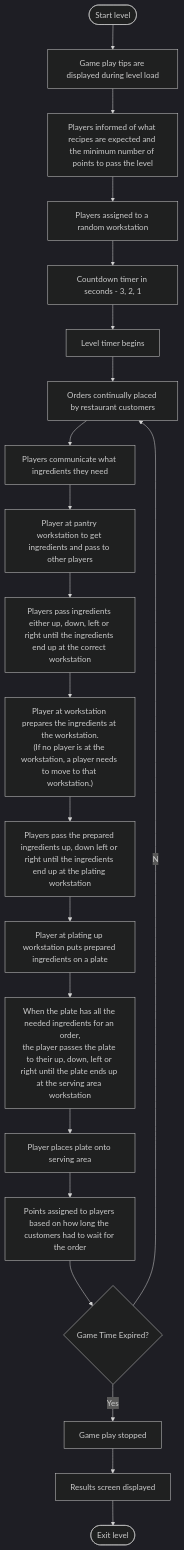
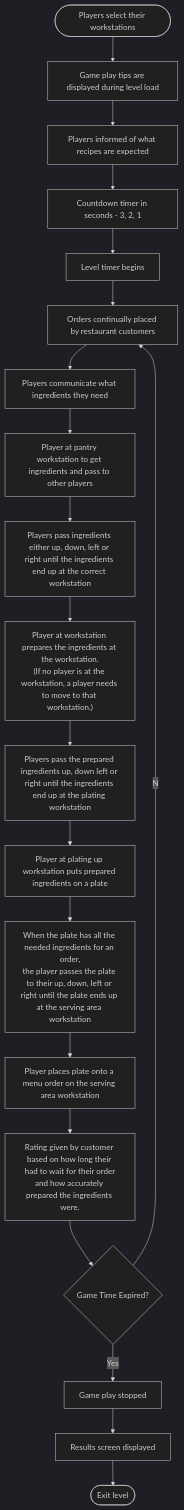
The second of 2 diagrams in documentation/functional/game_play.md (snowmeltarcade/projectkitchen), drawn with Mermaid (dark theme) before and after one commit. The commit also changed other lines of this file and 1 other file, not shown here.

````diff
--- a/documentation/functional/game_play.md
+++ b/documentation/functional/game_play.md
@@ -63,23 +68,22 @@
 ```mermaid
 flowchart TB;
-    start_level([Start level])-->game_play_tips[Game play tips are displayed during level load];
-    game_play_tips-->level_goals[Players informed of what recipes are expected and the minimum number of points to pass the level];
-    level_goals-->assignments[Players assigned to a random workstation];
-    assignments-->countdown[Countdown timer in seconds - 3, 2, 1];
+    kitchen_lobby(["Players select their workstations"])-->game_play_tips[Game play tips are displayed during level load];
+    game_play_tips-->level_goals[Players informed of what recipes are expected];
+    level_goals-->countdown[Countdown timer in seconds - 3, 2, 1];
     countdown-->level_timer_begins[Level timer begins];
     level_timer_begins-->orders_placed[Orders continually placed by restaurant customers];
     orders_placed-->communication[Players communicate what ingredients they need];
     communication-->pantry_ingredients[Player at pantry workstation to get ingredients and pass to other players];
     pantry_ingredients-->passing_ingredients[Players pass ingredients either up, down, left or right until the ingredients end up at the correct workstation];
     passing_ingredients-->prepare_ingredients["Player at workstation prepares the ingredients at the workstation.<br/>(If no player is at the workstation, a player needs to move to that workstation.)"];
     prepare_ingredients-->passing_prepared_ingredients["Players pass the prepared ingredients up, down left or right until the ingredients end up at the plating workstation"];
     passing_prepared_ingredients-->plating_up[Player at plating up workstation puts prepared ingredients on a plate];
     plating_up-->pass_plate_to_serving_area[When the plate has all the needed ingredients for an order,<br/>the player passes the plate to their up, down, left or right until the plate ends up at the serving area workstation];
-    pass_plate_to_serving_area-->serving_plate[Player places plate onto serving area];
-    serving_plate-->points_assigned[Points assigned to players based on how long the customers had to wait for the order];
-    points_assigned-->game_time_expired{Game Time Expired?};
+    pass_plate_to_serving_area-->serving_plate[Player places plate onto a menu order on the serving area workstation];
+    serving_plate-->rating_assigned["Rating given by customer based on how long their had to wait for their order<br/>and how accurately prepared the ingredients were."];
+    rating_assigned-->game_time_expired{Game Time Expired?};
     game_time_expired--No-->orders_placed;
     game_time_expired--Yes-->game_play_stopped[Game play stopped];
     game_play_stopped-->results_screen[Results screen displayed];
     results_screen-->exit_level([Exit level]);
 ```
````
